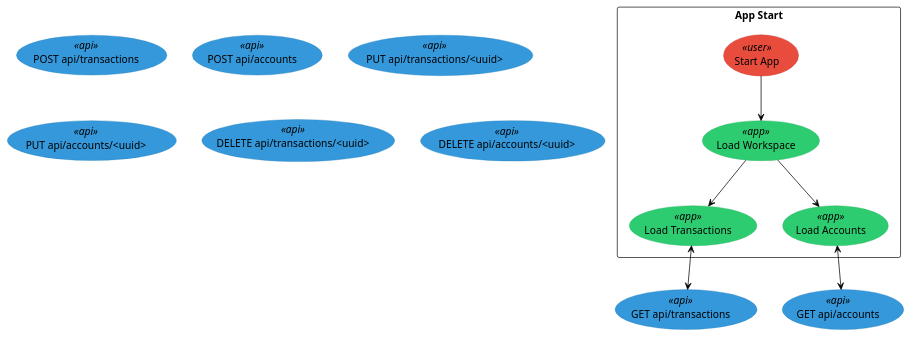
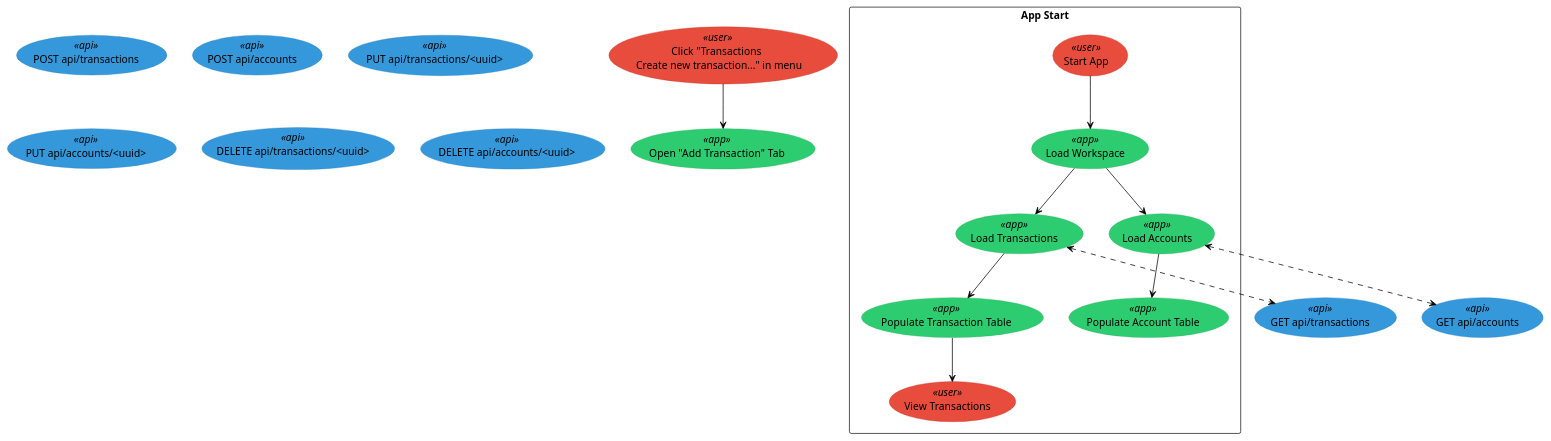
The diagram in accountant_desktop/diagrams/use_cases/app_behavior.puml (vduseev/accountant), drawn with PlantUML before and after one commit. The commit also changed 1 other file, not shown here.

Commit message:
Updated todo log, experimented with UML diagram

```diff
--- a/accountant_desktop/diagrams/use_cases/app_behavior.puml
+++ b/accountant_desktop/diagrams/use_cases/app_behavior.puml
@@ -1,49 +1,63 @@
 @startuml
 
 skinparam usecase {
 	BackgroundColor<<app>> #2ecc71
 	BorderColor<<app>> #27ae60
 
 	BackgroundColor<<user>> #e74c3c
 	BorderColor<<user>> #c0392b
 
   BackgroundColor<<api>> #3498db
   BorderColor<<api>> #2980b9
 
   BackgroundColor<<db>> #9b59b6
   BorderColor<<db>> #8e44ad
 
 	ArrowColor black
 	ActorBorderColor black
 	ActorFontName Courier
 }
 
 'Basic app start'
 rectangle "App Start" {
   usecase (Start App) as user_start_app <<user>>
   usecase (Load Workspace) as app_load_workspace <<app>>
   user_start_app --> app_load_workspace
 
   'Load Transactions'
   usecase (Load Transactions) as app_load_transactions <<app>>
   app_load_workspace --> app_load_transactions
 
+  usecase (Populate Transaction Table) as app_load_transactions_fill_table <<app>>
+  app_load_transactions --> app_load_transactions_fill_table
+
+  usecase (View Transactions) as user_view_transactions <<user>>
+  app_load_transactions_fill_table --> user_view_transactions
+
   'Load Accounts'
   usecase (Load Accounts) as app_load_accounts <<app>>
   app_load_workspace --> app_load_accounts
+
+  usecase (Populate Account Table) as app_load_accounts_fill_table <<app>>
+  app_load_accounts --> app_load_accounts_fill_table
 }
+
+usecase (Click "Transactions \n Create new transaction..." in menu) as user_menu_transactions_create_new <<user>>
+
+usecase (Open "Add Transaction" Tab) as app_open_add_transaction_tab <<app>>
+user_menu_transactions_create_new --> app_open_add_transaction_tab
 
 'API'
 usecase (GET api/transactions) as api_get_transactions <<api>>
 usecase (GET api/accounts) as api_get_accounts <<api>>
 usecase (POST api/transactions) as api_post_transactions <<api>>
 usecase (POST api/accounts) as api_post_accounts <<api>>
 usecase (PUT api/transactions/<uuid>) as api_put_transaction <<api>>
 usecase (PUT api/accounts/<uuid>) as api_put_account <<api>>
 usecase (DELETE api/transactions/<uuid>) as api_delete_transactions <<api>>
 usecase (DELETE api/accounts/<uuid>) as api_delete_account <<api>>
 
-app_load_transactions <--> api_get_transactions
-app_load_accounts <--> api_get_accounts
+app_load_transactions <..> api_get_transactions
+app_load_accounts <..> api_get_accounts
 
 @enduml
```
